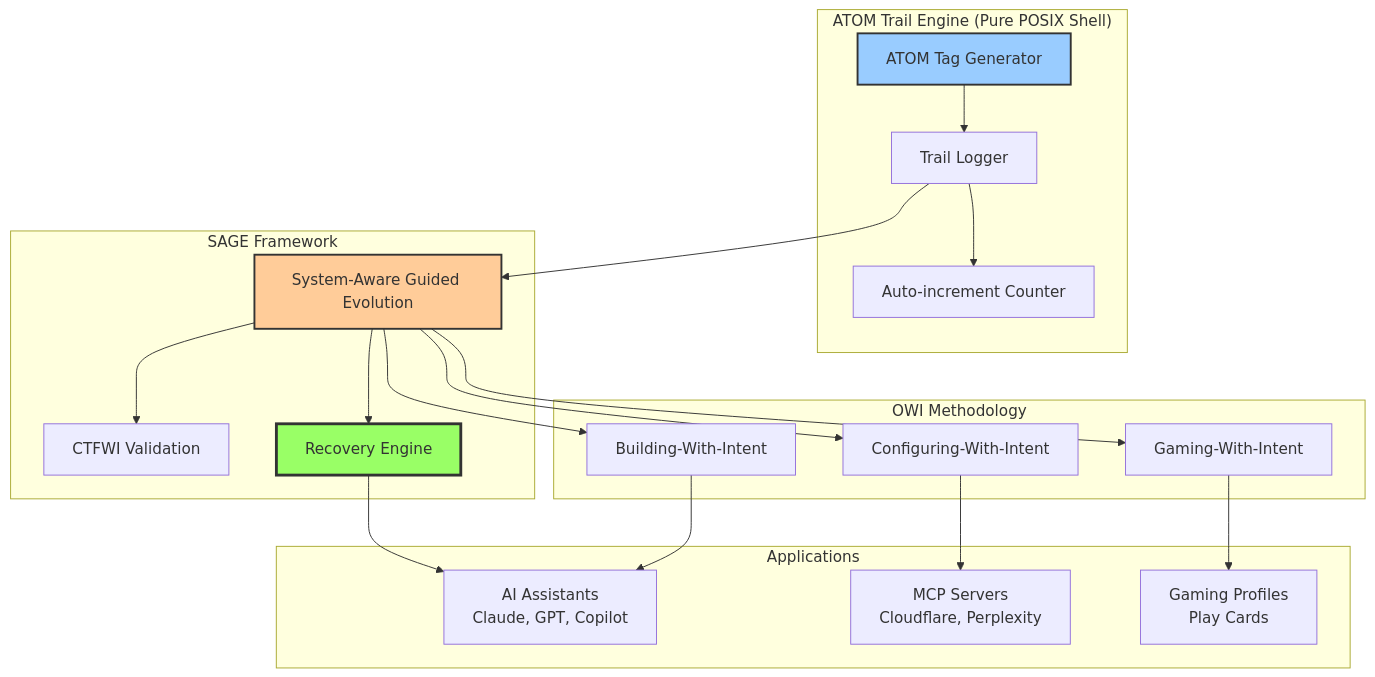
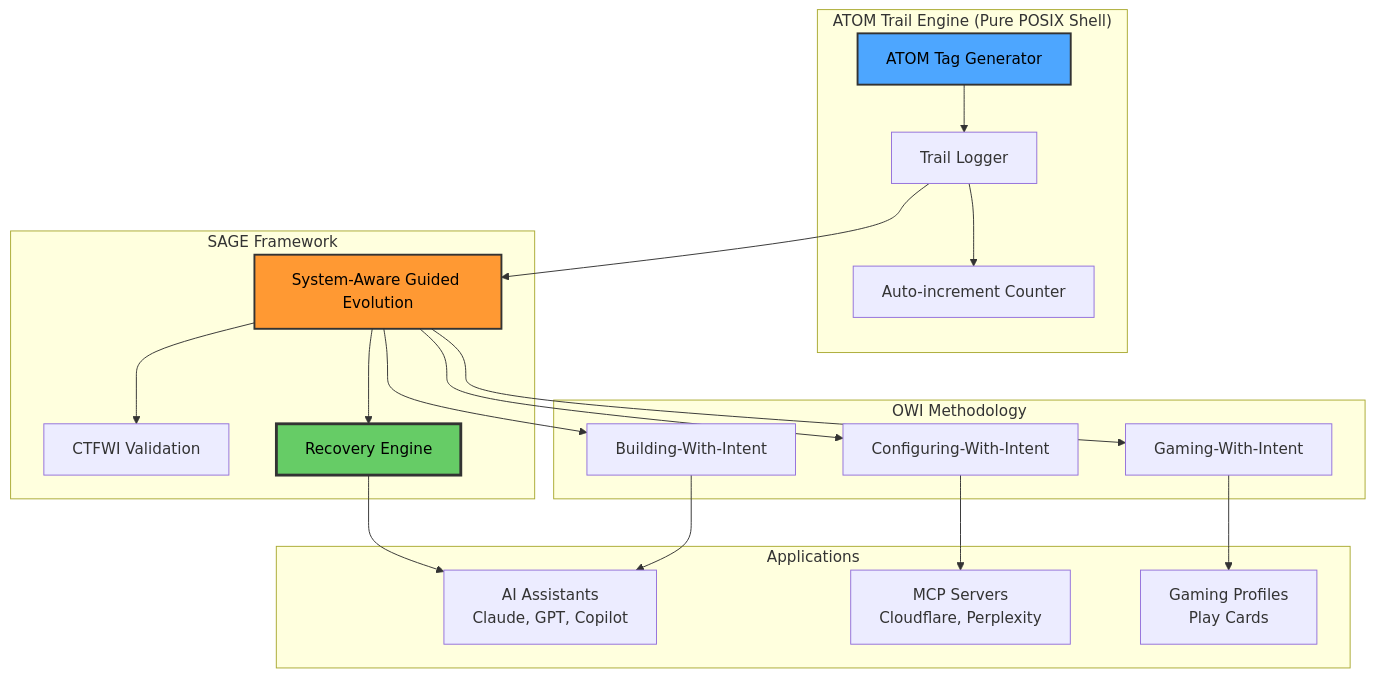
The diagram in atom-sage-framework/README.md (toolate28/kenl), drawn with Mermaid before and after one commit. The commit also changed 4 other files, not shown here.

First line of the commit message:
docs: add comprehensive ATOM log examples and fix diagram accessibility

````diff
--- a/atom-sage-framework/README.md
+++ b/atom-sage-framework/README.md
@@ -140,44 +140,44 @@
 ```mermaid
 graph TB
     subgraph "ATOM Trail Engine (Pure POSIX Shell)"
         ATOM[ATOM Tag Generator]
         TRAIL[Trail Logger]
         COUNTER[Auto-increment Counter]
     end
 
     subgraph "SAGE Framework"
         SAGE[System-Aware Guided Evolution]
         CTFWI[CTFWI Validation]
         RECOVERY[Recovery Engine]
     end
 
     subgraph "OWI Methodology"
         GWI[Gaming-With-Intent]
         CWI[Configuring-With-Intent]
         BWI[Building-With-Intent]
     end
 
     subgraph "Applications"
         AI[AI Assistants<br/>Claude, GPT, Copilot]
         MCP[MCP Servers<br/>Cloudflare, Perplexity]
         GAMES[Gaming Profiles<br/>Play Cards]
     end
 
     ATOM --> TRAIL
     TRAIL --> COUNTER
     TRAIL --> SAGE
     SAGE --> CTFWI
     SAGE --> RECOVERY
     SAGE --> GWI
     SAGE --> CWI
     SAGE --> BWI
 
     RECOVERY --> AI
     GWI --> GAMES
     CWI --> MCP
     BWI --> AI
 
-    style ATOM fill:#9cf,stroke:#333,stroke-width:2px
-    style SAGE fill:#fc9,stroke:#333,stroke-width:2px
-    style RECOVERY fill:#9f6,stroke:#333,stroke-width:3px
+    style ATOM fill:#4da6ff,stroke:#333,stroke-width:2px,color:#000
+    style SAGE fill:#ff9933,stroke:#333,stroke-width:2px,color:#000
+    style RECOVERY fill:#66cc66,stroke:#333,stroke-width:3px,color:#000
 ```
````
